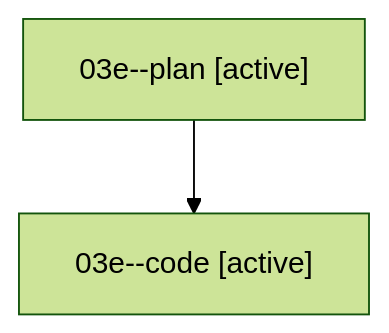
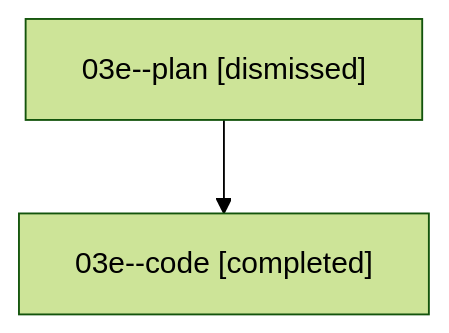
Before and after one commit to sase-org/sase--agents: the diagram in families/bbugyi200.athena.03e.md, drawn with Mermaid (forest theme). The commit also changed other lines of this file and 179 other files, not shown here.

````diff
--- a/families/bbugyi200.athena.03e.md
+++ b/families/bbugyi200.athena.03e.md
@@ -9,6 +9,6 @@
 ```mermaid
 flowchart TD
-  n0["03e--plan [active]"]
-  n1["03e--code [active]"]
+  n0["03e--plan [dismissed]"]
+  n1["03e--code [completed]"]
   n0 --> n1
 ```
````
